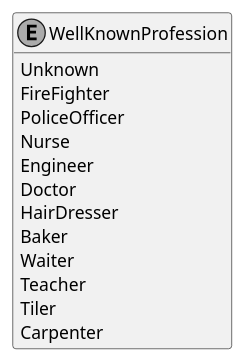
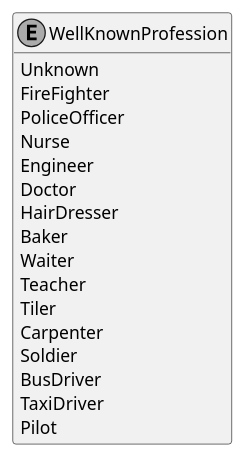
The diagram in Documentation/Generated/Enumerations/DoofesZeug.Models.Human.Professions/WellKnownProfession.puml (ObiWanLansi/DoofesZeug), drawn with PlantUML before and after one commit. The commit also changed 114 other files, not shown here.

```diff
--- a/Documentation/Generated/Enumerations/DoofesZeug.Models.Human.Professions/WellKnownProfession.puml
+++ b/Documentation/Generated/Enumerations/DoofesZeug.Models.Human.Professions/WellKnownProfession.puml
@@ -1,20 +1,24 @@
 @startuml
 skinparam monochrome true
 hide empty members
 
 enum WellKnownProfession {
     Unknown
     FireFighter
     PoliceOfficer
     Nurse
     Engineer
     Doctor
     HairDresser
     Baker
     Waiter
     Teacher
     Tiler
     Carpenter
+    Soldier
+    BusDriver
+    TaxiDriver
+    Pilot
 }
 
 @enduml
```
